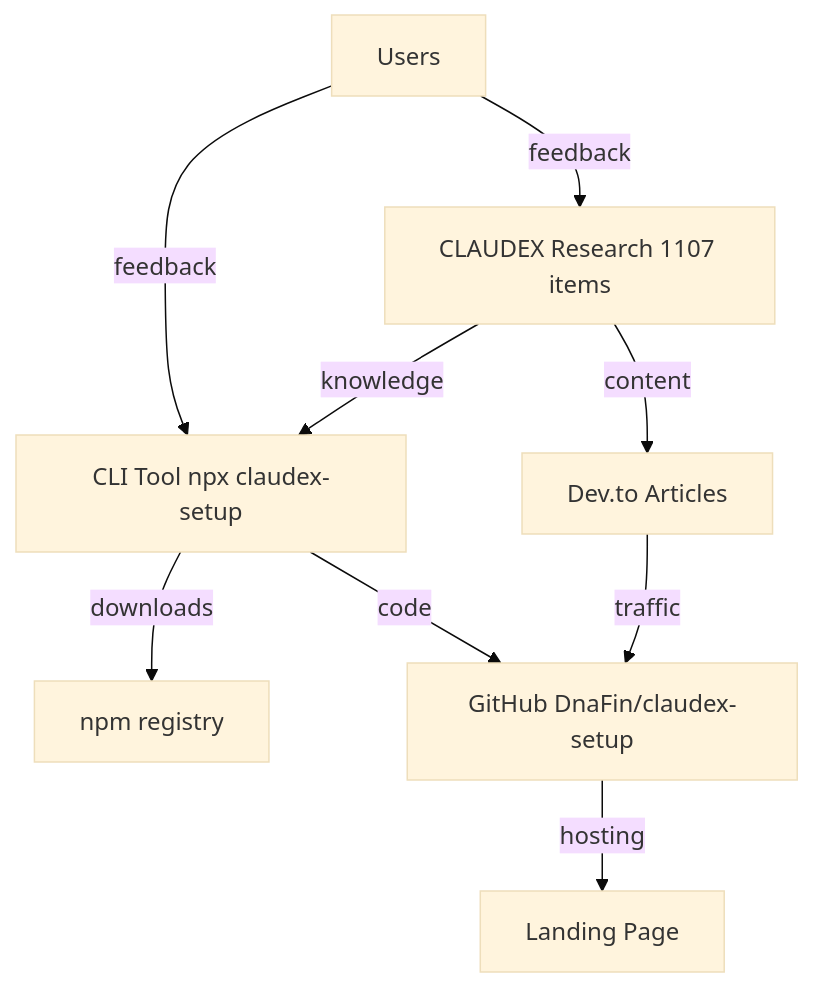
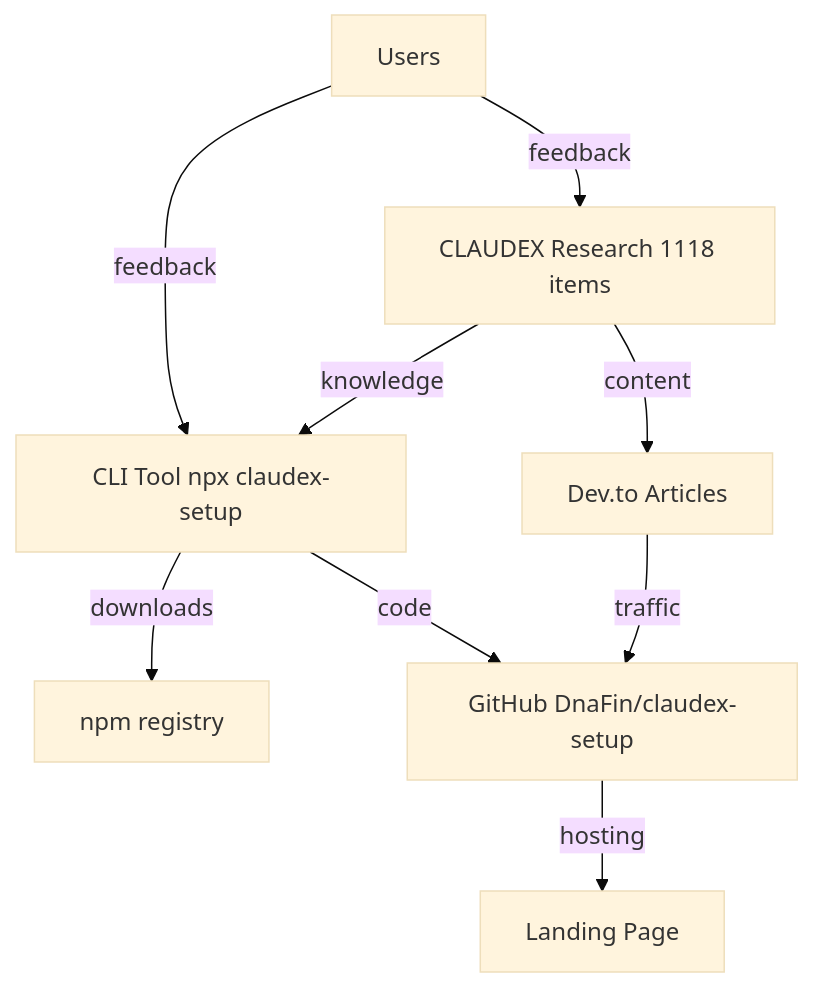
One commit to DnaFin/claudex-setup changed the diagram in CLAUDE.md. Above: the diagram before and after it, drawn with Mermaid (base theme). The commit also changed 2 other files, not shown here.

Commit message:
Sync metadata after Codex platform additions

````diff
--- a/CLAUDE.md
+++ b/CLAUDE.md
@@ -52,11 +52,11 @@
 ```mermaid
 graph TD
-    CLAUDEX[CLAUDEX Research 1107 items] -->|knowledge| CLI[CLI Tool npx claudex-setup]
+    CLAUDEX[CLAUDEX Research 1118 items] -->|knowledge| CLI[CLI Tool npx claudex-setup]
     CLI -->|downloads| NPM[npm registry]
     CLI -->|code| GH[GitHub DnaFin/claudex-setup]
     GH -->|hosting| LP[Landing Page]
     CLAUDEX -->|content| DT[Dev.to Articles]
     DT -->|traffic| GH
     Users -->|feedback| CLI
     Users -->|feedback| CLAUDEX
 ```
````
